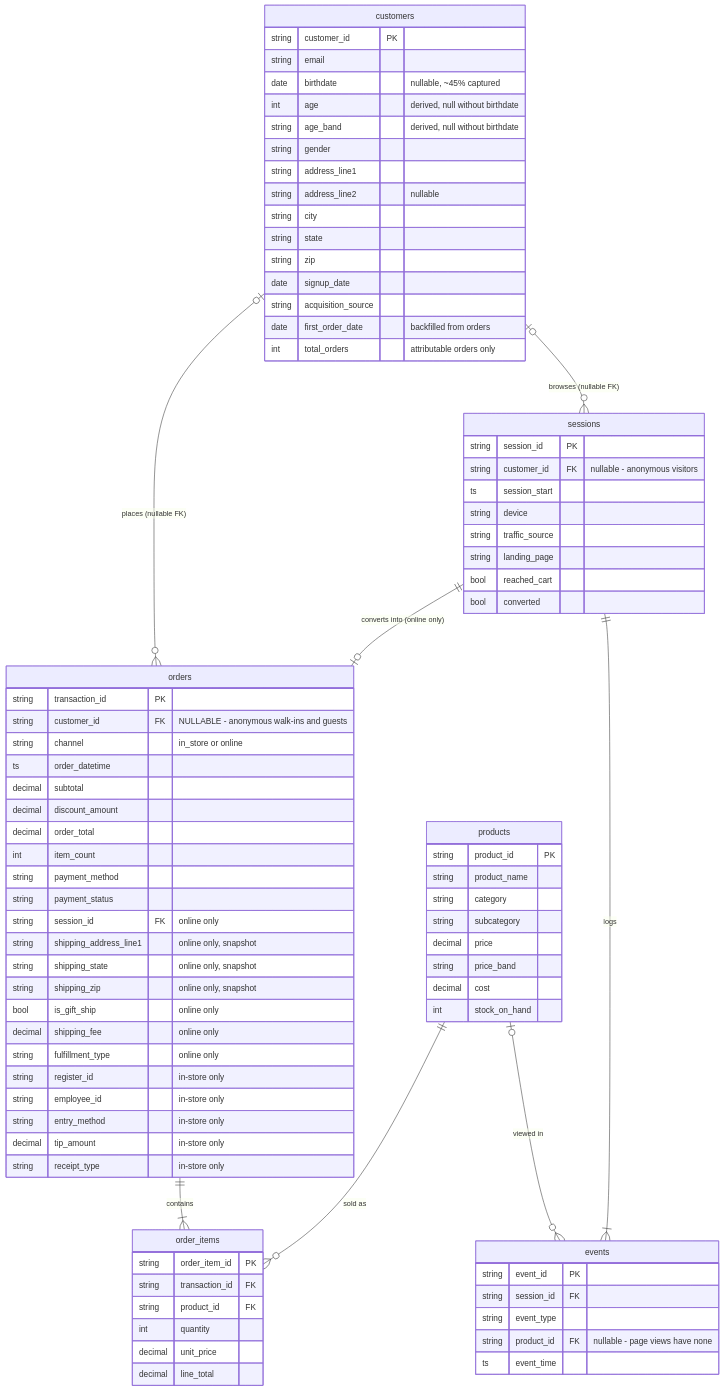
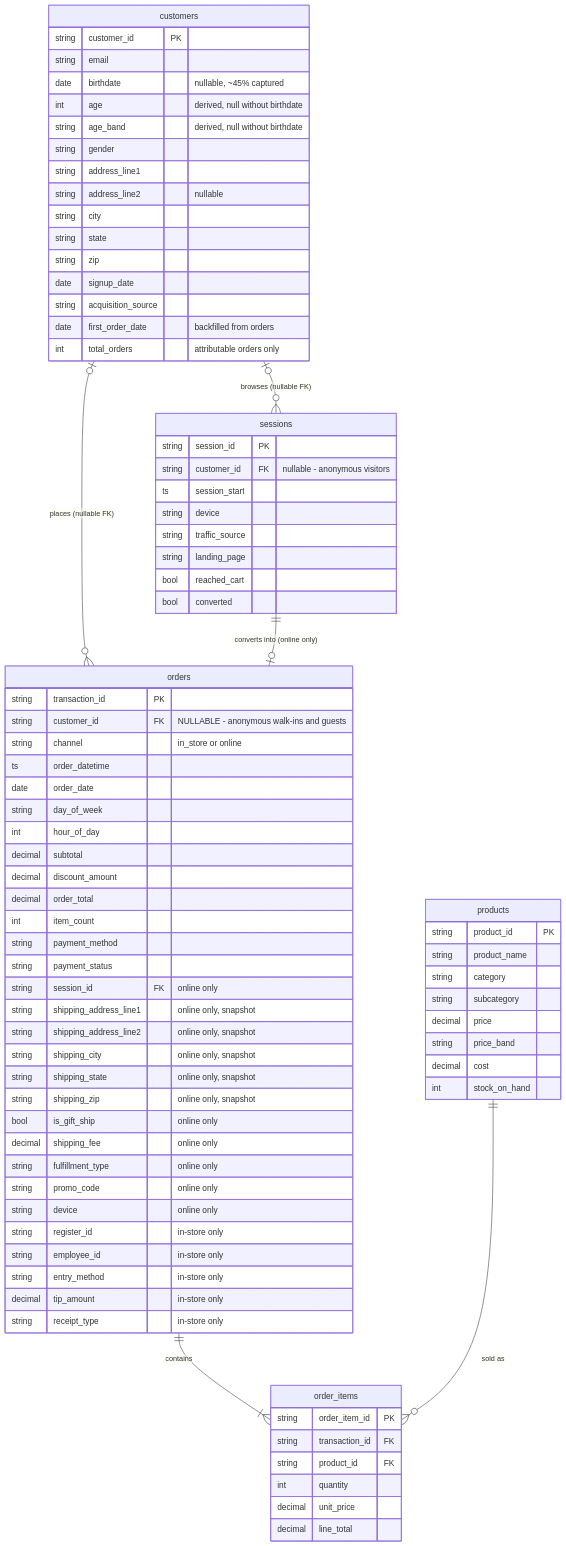
One commit to sglenn7/capfinch-data changed the diagram in README.md. Above: the diagram before and after it, drawn with Mermaid. The commit also changed other lines of this file and 4 other files, not shown here.

Commit message:
updated erd

````diff
--- a/README.md
+++ b/README.md
@@ -54,6 +59,9 @@
         string  customer_id FK "NULLABLE - anonymous walk-ins and guests"
         string  channel        "in_store or online"
         ts      order_datetime
+        date    order_date
+        string  day_of_week
+        int     hour_of_day
         decimal subtotal
         decimal discount_amount
         decimal order_total
@@ -62,11 +70,15 @@
         string  payment_status
         string  session_id FK "online only"
         string  shipping_address_line1 "online only, snapshot"
+        string  shipping_address_line2 "online only, snapshot"
+        string  shipping_city          "online only, snapshot"
         string  shipping_state         "online only, snapshot"
         string  shipping_zip           "online only, snapshot"
         bool    is_gift_ship           "online only"
         decimal shipping_fee           "online only"
         string  fulfillment_type       "online only"
+        string  promo_code             "online only"
+        string  device                 "online only"
         string  register_id            "in-store only"
         string  employee_id            "in-store only"
         string  entry_method           "in-store only"
@@ -105,19 +117,9 @@
         bool   converted
     }
 
-    events {
-        string event_id PK
-        string session_id FK
-        string event_type
-        string product_id FK "nullable - page views have none"
-        ts     event_time
-    }
-
     customers |o--o{ orders   : "places (nullable FK)"
     customers |o--o{ sessions : "browses (nullable FK)"
     sessions  ||--o| orders   : "converts into (online only)"
-    sessions  ||--|{ events   : "logs"
     orders    ||--|{ order_items : "contains"
     products  ||--o{ order_items : "sold as"
-    products  |o--o{ events      : "viewed in"
 ```
````
